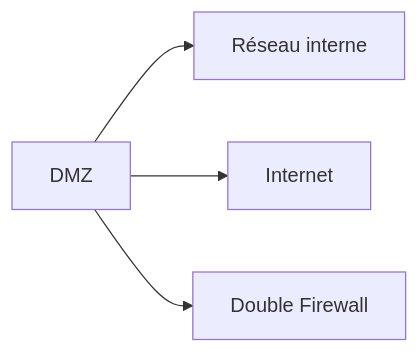
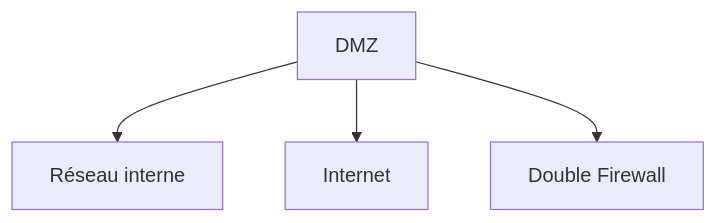
Before and after one commit to zyrass/omnydocs: the eighth of 38 diagrams in docs/glossaire/administration-reseau.md, drawn with Mermaid. The commit also changed other lines of this file and 1780 other files, not shown here.

````diff
--- a/docs/glossaire/administration-reseau.md
+++ b/docs/glossaire/administration-reseau.md
@@ -173,6 +209,6 @@
-    ```mermaid
-    graph LR
-        A[DMZ] --> B[Réseau interne]
-        A --> C[Internet]
-        A --> D[Double Firewall]
-    ```
+```mermaid
+graph TB
+    A[DMZ] --> B[Réseau interne]
+    A --> C[Internet]
+    A --> D[Double Firewall]
+```
````
